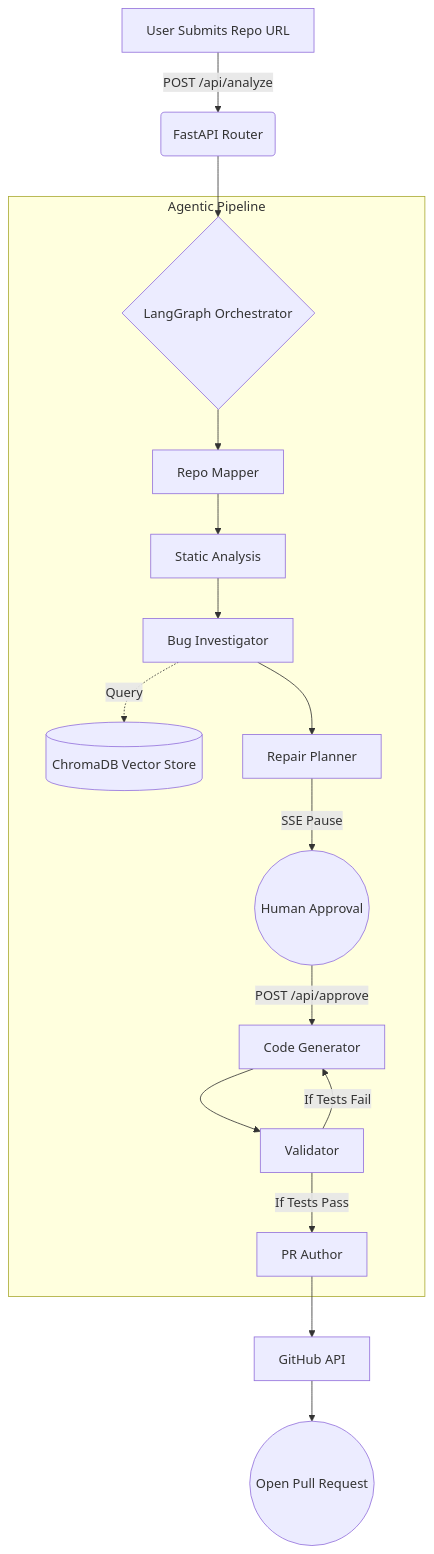
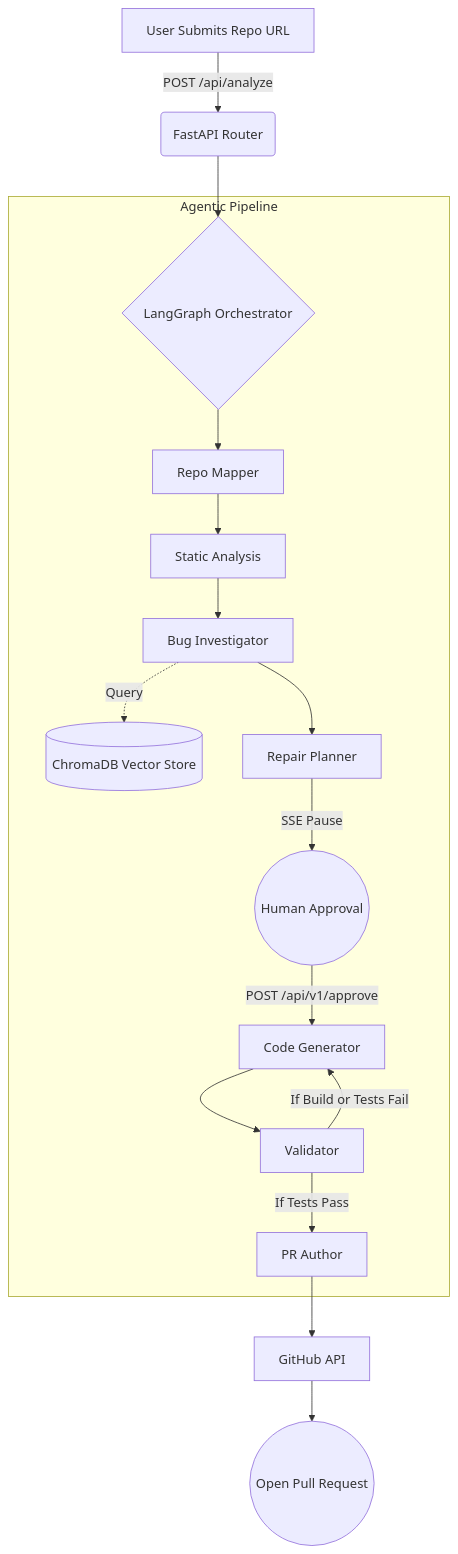
The diagram in README.md (udarshcodes/codesentinel), drawn with Mermaid before and after one commit. The commit also changed other lines of this file and 1 other file, not shown here.

Commit message:
docs: Update roadmap and structural docs to reflect new agent capabilities

````diff
--- a/README.md
+++ b/README.md
@@ -59,21 +59,21 @@
 ```mermaid
 graph TD
     A[User Submits Repo URL] -->|POST /api/analyze| B(FastAPI Router)
     B --> C{LangGraph Orchestrator}
     
     subgraph Agentic Pipeline
     C --> D[Repo Mapper]
     D --> E[Static Analysis]
     E --> F[Bug Investigator]
     F -.->|Query| G[(ChromaDB Vector Store)]
     F --> H[Repair Planner]
     H -->|SSE Pause| I((Human Approval))
-    I -->|POST /api/approve| J[Code Generator]
+    I -->|POST /api/v1/approve| J[Code Generator]
     J --> K[Validator]
-    K -->|If Tests Fail| J
+    K -->|If Build or Tests Fail| J
     K -->|If Tests Pass| L[PR Author]
     end
     
     L --> M[GitHub API]
     M --> N((Open Pull Request))
 ```
````
